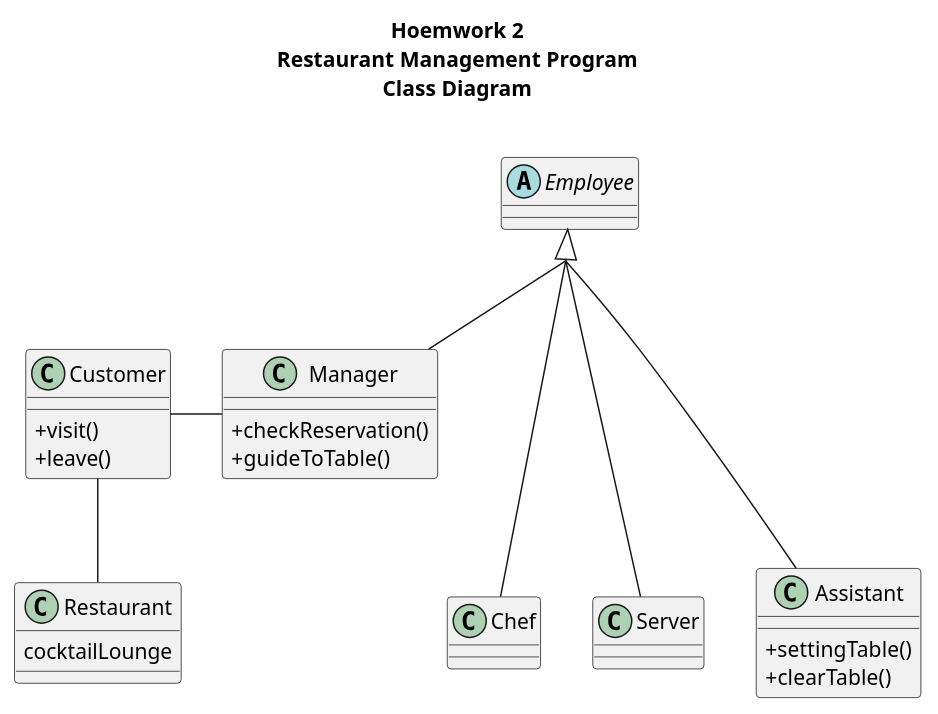
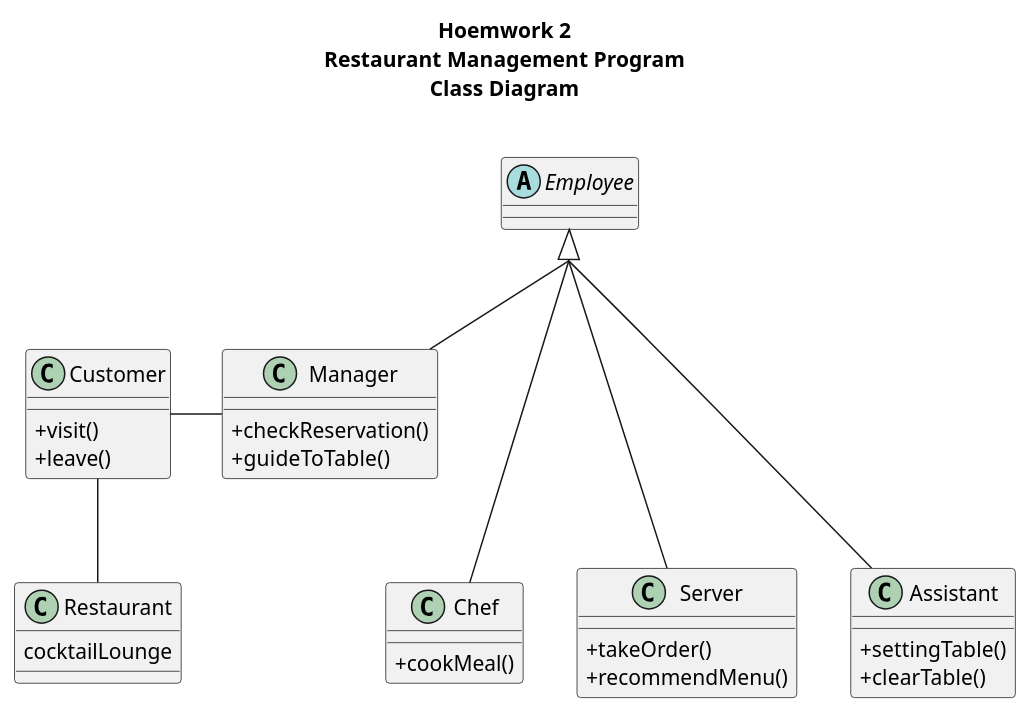
Before and after one commit to noeuli/ooad: the diagram in 07_sequence_diagram/hw1-class.wsd, drawn with PlantUML. The commit also changed 10 other files, not shown here.

```diff
--- a/07_sequence_diagram/hw1-class.wsd
+++ b/07_sequence_diagram/hw1-class.wsd
@@ -1,52 +1,53 @@
 @startuml
 skinparam classAttributeIconSize 0
 skinparam groupInheritance 2
 
 '7 Sequence Diagram
 'Homework 1-1
 'Class Diagram
 
 title 
 Hoemwork 2
 Restaurant Management Program
 Class Diagram
 
 end title
 
 class Customer {
     +visit()
     +leave()
 }
 class Restaurant {
     cocktailLounge
 }
 
 abstract class Employee
 
 Employee <|-- Manager
 Employee <|--- Chef
 Employee <|--- Server
 Employee <|--- Assistant
 
 Customer -- Restaurant
 Customer - Manager
 
 class Manager {
     +checkReservation()
     +guideToTable()
 }
 
 class Chef {
-
+    +cookMeal()
 }
 
 class Server {
-
+    +takeOrder()
+    +recommendMenu()
 }
 
 class Assistant {
     +settingTable()
     +clearTable()
 }
 
 @enduml
```
